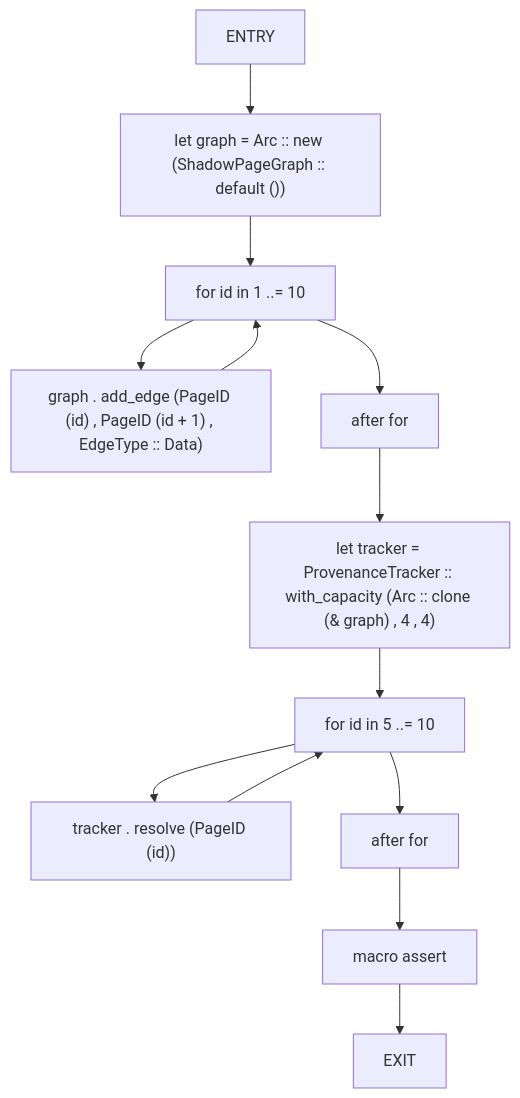
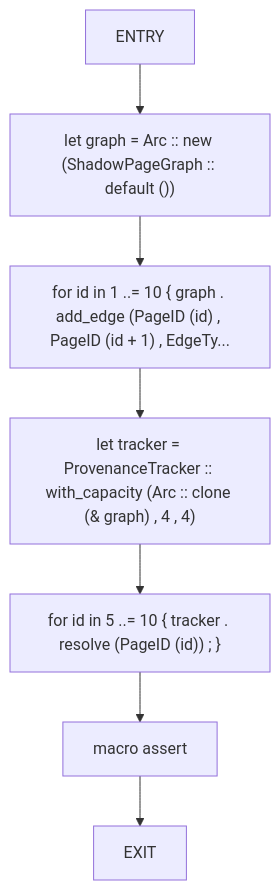
Before and after one commit to cicero-violate/MMSB: the second of 18 diagrams in docs/analysis/cfg/060-src-06_utility.md, drawn with Mermaid. The commit also changed other lines of this file and 865 other files, not shown here.

````diff
--- a/docs/analysis/cfg/060-src-06_utility.md
+++ b/docs/analysis/cfg/060-src-06_utility.md
@@ -28,26 +28,16 @@
 ```mermaid
 flowchart TD
     cache_does_not_grow_unbounded_0["ENTRY"]
     cache_does_not_grow_unbounded_1["let graph = Arc :: new (ShadowPageGraph :: default ())"]
-    cache_does_not_grow_unbounded_2["for id in 1 ..= 10"]
-    cache_does_not_grow_unbounded_3["graph . add_edge (PageID (id) , PageID (id + 1) , EdgeType :: Data)"]
-    cache_does_not_grow_unbounded_4["after for"]
-    cache_does_not_grow_unbounded_5["let tracker = ProvenanceTracker :: with_capacity (Arc :: clone (& graph) , 4 , 4)"]
-    cache_does_not_grow_unbounded_6["for id in 5 ..= 10"]
-    cache_does_not_grow_unbounded_7["tracker . resolve (PageID (id))"]
-    cache_does_not_grow_unbounded_8["after for"]
-    cache_does_not_grow_unbounded_9["macro assert"]
-    cache_does_not_grow_unbounded_10["EXIT"]
+    cache_does_not_grow_unbounded_2["for id in 1 ..= 10 { graph . add_edge (PageID (id) , PageID (id + 1) , EdgeTy..."]
+    cache_does_not_grow_unbounded_3["let tracker = ProvenanceTracker :: with_capacity (Arc :: clone (& graph) , 4 , 4)"]
+    cache_does_not_grow_unbounded_4["for id in 5 ..= 10 { tracker . resolve (PageID (id)) ; }"]
+    cache_does_not_grow_unbounded_5["macro assert"]
+    cache_does_not_grow_unbounded_6["EXIT"]
     cache_does_not_grow_unbounded_0 --> cache_does_not_grow_unbounded_1
     cache_does_not_grow_unbounded_1 --> cache_does_not_grow_unbounded_2
     cache_does_not_grow_unbounded_2 --> cache_does_not_grow_unbounded_3
-    cache_does_not_grow_unbounded_3 --> cache_does_not_grow_unbounded_2
-    cache_does_not_grow_unbounded_2 --> cache_does_not_grow_unbounded_4
+    cache_does_not_grow_unbounded_3 --> cache_does_not_grow_unbounded_4
     cache_does_not_grow_unbounded_4 --> cache_does_not_grow_unbounded_5
     cache_does_not_grow_unbounded_5 --> cache_does_not_grow_unbounded_6
-    cache_does_not_grow_unbounded_6 --> cache_does_not_grow_unbounded_7
-    cache_does_not_grow_unbounded_7 --> cache_does_not_grow_unbounded_6
-    cache_does_not_grow_unbounded_6 --> cache_does_not_grow_unbounded_8
-    cache_does_not_grow_unbounded_8 --> cache_does_not_grow_unbounded_9
-    cache_does_not_grow_unbounded_9 --> cache_does_not_grow_unbounded_10
 ```
````
